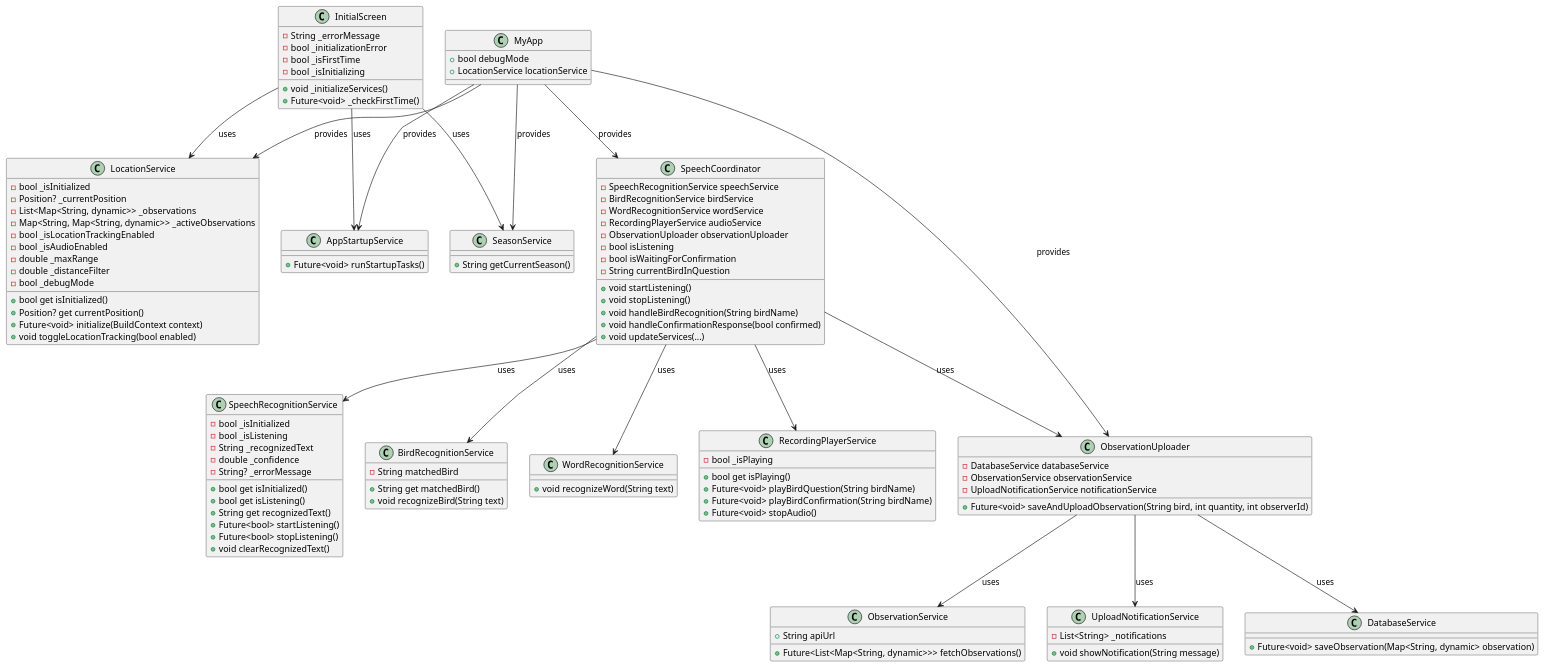
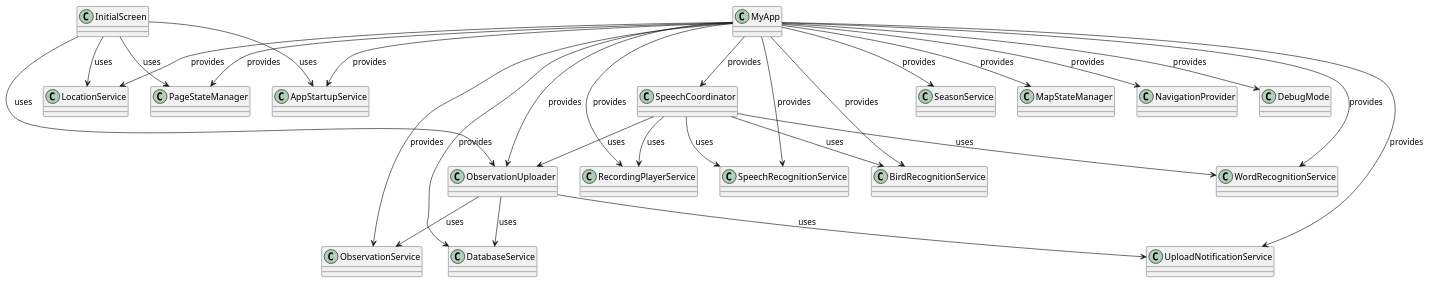
One commit to Jakob-worm/UrbanEchoes changed the diagram in diagrams/UML_core_architecture.puml. Above: the diagram before and after it, drawn with PlantUML.

Commit message:
Without atributes but correct structure

```diff
--- a/diagrams/UML_core_architecture.puml
+++ b/diagrams/UML_core_architecture.puml
@@ -1,131 +1,54 @@
 @startuml
 
-class MyApp {
-  + bool debugMode
-  + LocationService locationService
-}
+class MyApp
+class InitialScreen
+class AppStartupService
+class SeasonService
+class PageStateManager
+class MapStateManager
+class NavigationProvider
+class UploadNotificationService
+class DatabaseService
+class ObservationService
+class ObservationUploader
+class RecordingPlayerService
+class SpeechRecognitionService
+class BirdRecognitionService
+class WordRecognitionService
+class SpeechCoordinator
+class LocationService
+class DebugMode
 
-class InitialScreen {
-  - String _errorMessage
-  - bool _initializationError
-  - bool _isFirstTime
-  - bool _isInitializing
-  + void _initializeServices()
-  + Future<void> _checkFirstTime()
-}
+MyApp --> PageStateManager : provides
+MyApp --> MapStateManager : provides
+MyApp --> NavigationProvider : provides
+MyApp --> UploadNotificationService : provides
+MyApp --> DatabaseService : provides
+MyApp --> ObservationService : provides
+MyApp --> ObservationUploader : provides
+MyApp --> RecordingPlayerService : provides
+MyApp --> SpeechRecognitionService : provides
+MyApp --> BirdRecognitionService : provides
+MyApp --> WordRecognitionService : provides
+MyApp --> SpeechCoordinator : provides
+MyApp --> SeasonService : provides
+MyApp --> AppStartupService : provides
+MyApp --> LocationService : provides
+MyApp --> DebugMode : provides
 
-class LocationService {
-  - bool _isInitialized
-  - Position? _currentPosition
-  - List<Map<String, dynamic>> _observations
-  - Map<String, Map<String, dynamic>> _activeObservations
-  - bool _isLocationTrackingEnabled
-  - bool _isAudioEnabled
-  - double _maxRange
-  - double _distanceFilter
-  - bool _debugMode
-  + bool get isInitialized()
-  + Position? get currentPosition()
-  + Future<void> initialize(BuildContext context)
-  + void toggleLocationTracking(bool enabled)
-}
-
-class SpeechRecognitionService {
-  - bool _isInitialized
-  - bool _isListening
-  - String _recognizedText
-  - double _confidence
-  - String? _errorMessage
-  + bool get isInitialized()
-  + bool get isListening()
-  + String get recognizedText()
-  + Future<bool> startListening()
-  + Future<bool> stopListening()
-  + void clearRecognizedText()
-}
-
-class BirdRecognitionService {
-  - String matchedBird
-  + String get matchedBird()
-  + void recognizeBird(String text)
-}
-
-class WordRecognitionService {
-  + void recognizeWord(String text)
-}
-
-class RecordingPlayerService {
-  - bool _isPlaying
-  + bool get isPlaying()
-  + Future<void> playBirdQuestion(String birdName)
-  + Future<void> playBirdConfirmation(String birdName)
-  + Future<void> stopAudio()
-}
-
-class SpeechCoordinator {
-  - SpeechRecognitionService speechService
-  - BirdRecognitionService birdService
-  - WordRecognitionService wordService
-  - RecordingPlayerService audioService
-  - ObservationUploader observationUploader
-  - bool isListening
-  - bool isWaitingForConfirmation
-  - String currentBirdInQuestion
-  + void startListening()
-  + void stopListening()
-  + void handleBirdRecognition(String birdName)
-  + void handleConfirmationResponse(bool confirmed)
-  + void updateServices(...)
-}
-
-class ObservationService {
-  + String apiUrl
-  + Future<List<Map<String, dynamic>>> fetchObservations()
-}
-
-class ObservationUploader {
-  - DatabaseService databaseService
-  - ObservationService observationService
-  - UploadNotificationService notificationService
-  + Future<void> saveAndUploadObservation(String bird, int quantity, int observerId)
-}
-
-class UploadNotificationService {
-  - List<String> _notifications
-  + void showNotification(String message)
-}
-
-class AppStartupService {
-  + Future<void> runStartupTasks()
-}
-
-class SeasonService {
-  + String getCurrentSeason()
-}
-
-class DatabaseService {
-  + Future<void> saveObservation(Map<String, dynamic> observation)
-}
-
-' Relationships
-MyApp --> LocationService : provides
-MyApp --> SpeechCoordinator : provides
-MyApp --> ObservationUploader : provides
-MyApp --> AppStartupService : provides
-MyApp --> SeasonService : provides
-
+InitialScreen --> LocationService : uses
 InitialScreen --> AppStartupService : uses
-InitialScreen --> SeasonService : uses
-InitialScreen --> LocationService : uses
+InitialScreen --> PageStateManager : uses
+InitialScreen --> ObservationUploader : uses
 
 SpeechCoordinator --> SpeechRecognitionService : uses
 SpeechCoordinator --> BirdRecognitionService : uses
 SpeechCoordinator --> WordRecognitionService : uses
 SpeechCoordinator --> RecordingPlayerService : uses
 SpeechCoordinator --> ObservationUploader : uses
 
 ObservationUploader --> DatabaseService : uses
 ObservationUploader --> ObservationService : uses
 ObservationUploader --> UploadNotificationService : uses
 
 @enduml
```
